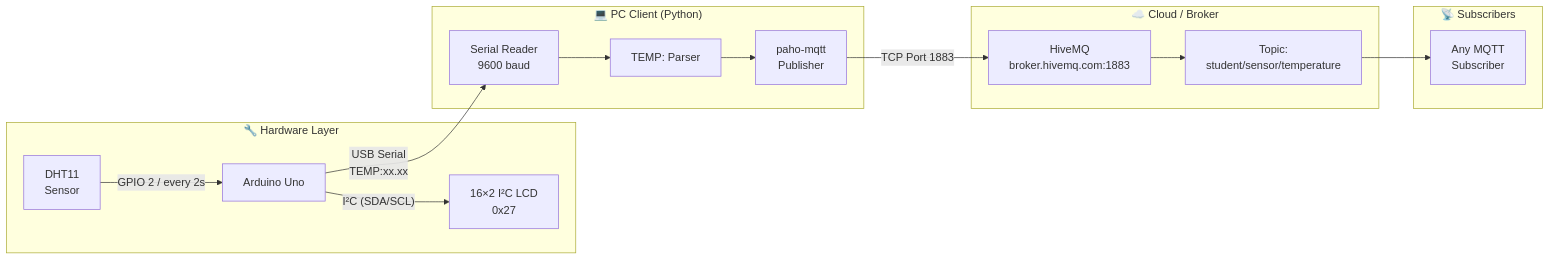
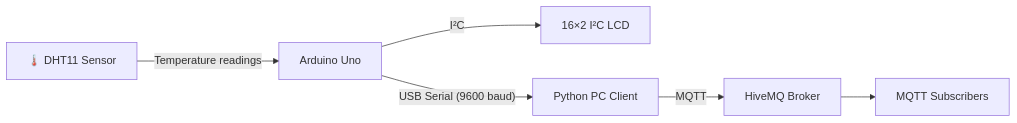
One commit to DonDurkheim/temperature-monitoring-system changed the first of 2 diagrams in README.md. Above: the diagram before and after it, drawn with Mermaid. The commit also changed other lines of this file, not shown here.

Commit message:
update readme with architecture diagrams and communication names

````diff
--- a/README.md
+++ b/README.md
@@ -25,32 +44,16 @@
 ```mermaid
 flowchart LR
-    subgraph Hardware["🔧 Hardware Layer"]
-        DHT11["DHT11\nSensor"]
-        UNO["Arduino Uno"]
-        LCD["16×2 I²C LCD\n0x27"]
-    end
 
-    subgraph PC["💻 PC Client (Python)"]
-        SERIAL["Serial Reader\n9600 baud"]
-        PARSER["TEMP: Parser"]
-        PUB["paho-mqtt\nPublisher"]
-    end
+    DHT11["🌡️ DHT11 Sensor"]
+    UNO["Arduino Uno"]
+    LCD["16×2 I²C LCD"]
+    PC["Python PC Client"]
+    BROKER["HiveMQ Broker"]
+    SUB["MQTT Subscribers"]
 
-    subgraph Cloud["☁️ Cloud / Broker"]
-        BROKER["HiveMQ\nbroker.hivemq.com:1883"]
-        TOPIC["Topic:\nstudent/sensor/temperature"]
-    end
-
-    subgraph Consumers["📡 Subscribers"]
-        SUB["Any MQTT\nSubscriber"]
-    end
-
-    DHT11 -->|"GPIO 2 / every 2s"| UNO
-    UNO -->|"I²C (SDA/SCL)"| LCD
-    UNO -->|"USB Serial\nTEMP:xx.xx"| SERIAL
-    SERIAL --> PARSER
-    PARSER --> PUB
-    PUB -->|"TCP Port 1883"| BROKER
-    BROKER --> TOPIC
-    TOPIC --> SUB
+    DHT11 -->|"Temperature readings"| UNO
+    UNO -->|"I²C"| LCD
+    UNO -->|"USB Serial (9600 baud)"| PC
+    PC -->|"MQTT"| BROKER
+    BROKER --> SUB
 ```
````
